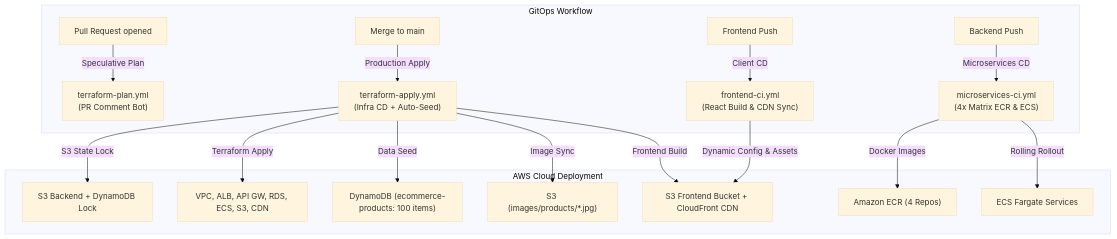
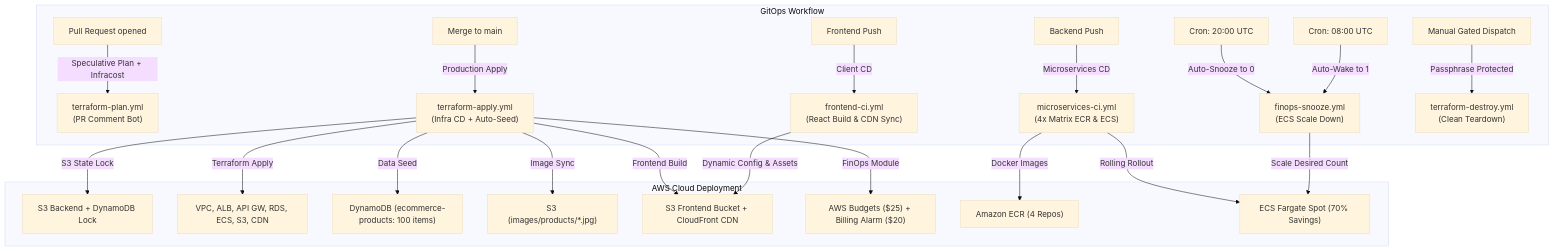
Before and after one commit to mohsen2181/terraform-aws-projets: the first of 2 diagrams in terraform-ecommerce/docs/GITHUB_ACTIONS_GUIDE.md, drawn with Mermaid (base theme). The commit also changed other lines of this file and 1 other file, not shown here.

Commit message:
docs: update implementation plan and github actions guide with comprehensive finops architecture

````diff
--- a/terraform-ecommerce/docs/GITHUB_ACTIONS_GUIDE.md
+++ b/terraform-ecommerce/docs/GITHUB_ACTIONS_GUIDE.md
@@ -11,20 +11,25 @@
 ```mermaid
 graph TD
     subgraph GitOps Workflow
-        PR[Pull Request opened] -->|Speculative Plan| PlanWF["terraform-plan.yml<br/>(PR Comment Bot)"]
+        PR[Pull Request opened] -->|Speculative Plan + Infracost| PlanWF["terraform-plan.yml<br/>(PR Comment Bot)"]
         Merge[Merge to main] -->|Production Apply| ApplyWF["terraform-apply.yml<br/>(Infra CD + Auto-Seed)"]
         FePush[Frontend Push] -->|Client CD| FeWF["frontend-ci.yml<br/>(React Build & CDN Sync)"]
         BePush[Backend Push] -->|Microservices CD| BeWF["microservices-ci.yml<br/>(4x Matrix ECR & ECS)"]
+        SnoozeCron[Cron: 20:00 UTC] -->|Auto-Snooze to 0| SnoozeWF["finops-snooze.yml<br/>(ECS Scale Down)"]
+        WakeCron[Cron: 08:00 UTC] -->|Auto-Wake to 1| SnoozeWF
+        ManualDestroy[Manual Gated Dispatch] -->|Passphrase Protected| DestroyWF["terraform-destroy.yml<br/>(Clean Teardown)"]
     end
 
     subgraph AWS Cloud Deployment
         ApplyWF -->|S3 State Lock| S3Lock["S3 Backend + DynamoDB Lock"]
         ApplyWF -->|Terraform Apply| Infra["VPC, ALB, API GW, RDS, ECS, S3, CDN"]
         ApplyWF -->|Data Seed| DDB["DynamoDB (ecommerce-products: 100 items)"]
         ApplyWF -->|Image Sync| S3Img["S3 (images/products/*.jpg)"]
         ApplyWF -->|Frontend Build| S3Fe["S3 Frontend Bucket + CloudFront CDN"]
+        ApplyWF -->|FinOps Module| FinOpsAWS["AWS Budgets ($25) + Billing Alarm ($20)"]
         FeWF -->|Dynamic Config & Assets| S3Fe
         BeWF -->|Docker Images| ECR["Amazon ECR (4 Repos)"]
-        BeWF -->|Rolling Rollout| ECS["ECS Fargate Services"]
+        BeWF -->|Rolling Rollout| ECS["ECS Fargate Spot (70% Savings)"]
+        SnoozeWF -->|Scale Desired Count| ECS
     end
 ```
````
